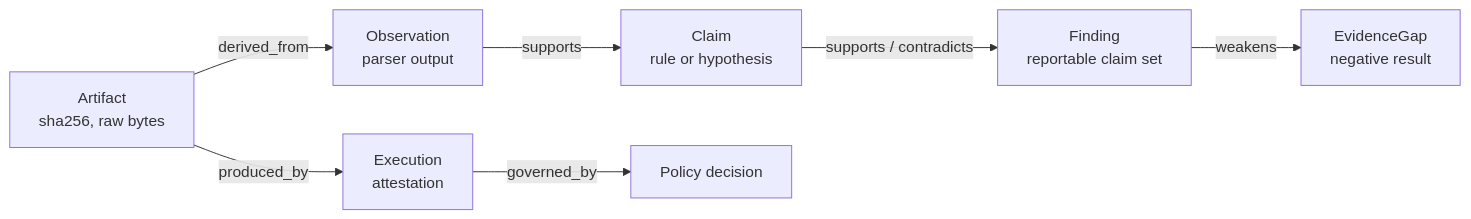
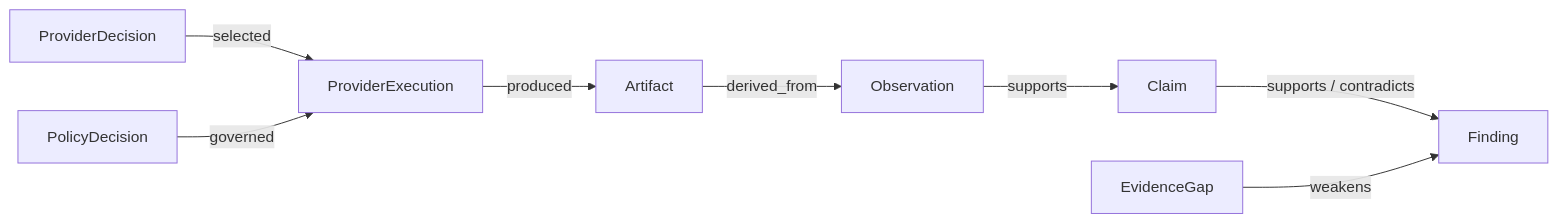
The diagram in docs/design/02-data-model.md (Samubrine/security-agent-harness), drawn with Mermaid before and after one commit. The commit also changed other lines of this file, not shown here.

````diff
--- a/docs/design/02-data-model.md
+++ b/docs/design/02-data-model.md
@@ -9,9 +10,10 @@
 ```mermaid
 flowchart LR
-  A["Artifact<br/>sha256, raw bytes"] -->|derived_from| O["Observation<br/>parser output"]
-  O -->|supports| C["Claim<br/>rule or hypothesis"]
-  C -->|supports / contradicts| F["Finding<br/>reportable claim set"]
-  F -->|weakens| G["EvidenceGap<br/>negative result"]
-  A -->|produced_by| X["Execution<br/>attestation"]
-  X -->|governed_by| P["Policy decision"]
+  A["Artifact"] -->|derived_from| O["Observation"]
+  O -->|supports| C["Claim"]
+  C -->|supports / contradicts| F["Finding"]
+  G["EvidenceGap"] -->|weakens| F
+  X["ProviderExecution"] -->|produced| A
+  D["ProviderDecision"] -->|selected| X
+  P["PolicyDecision"] -->|governed| X
 ```
````
